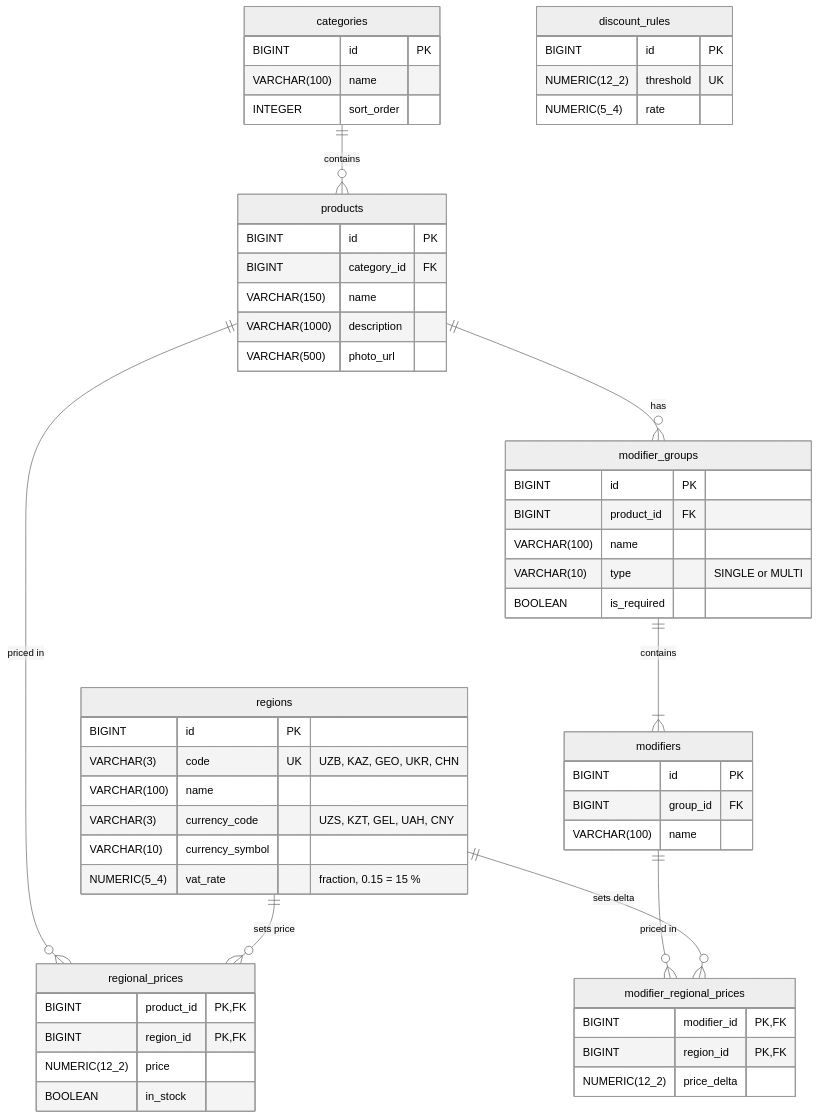
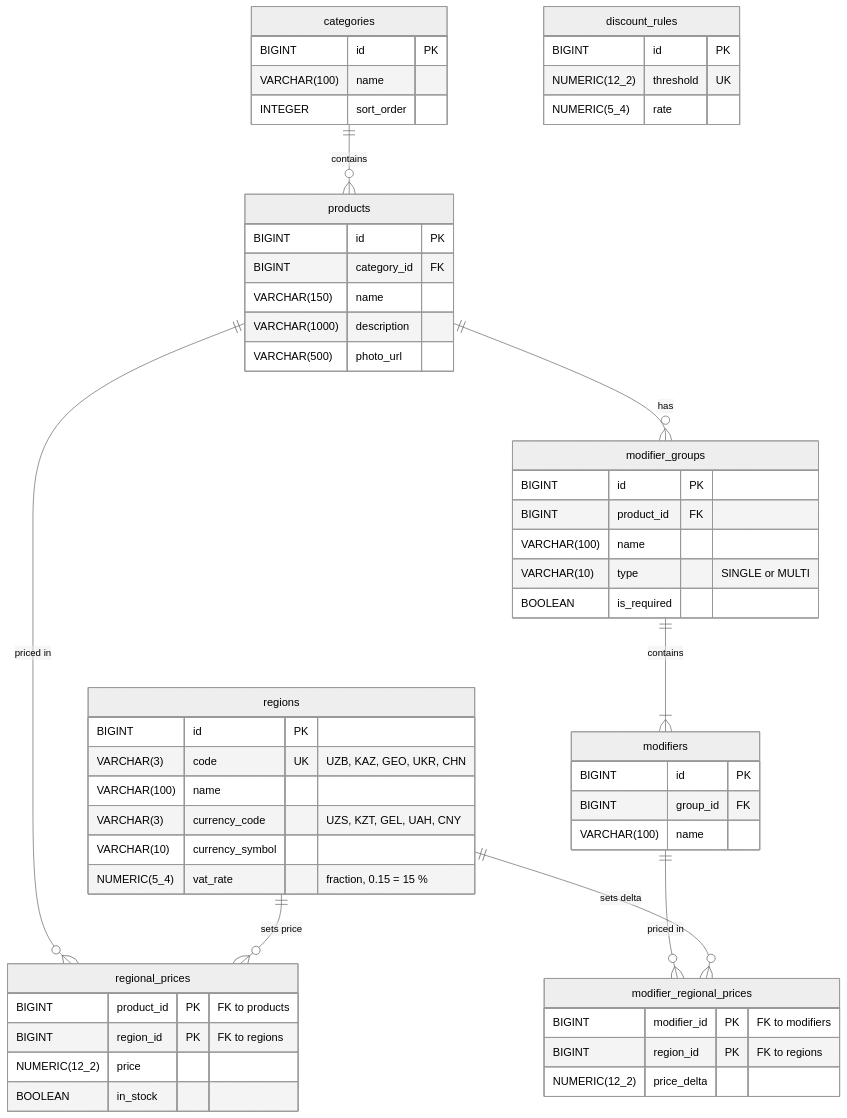
One commit to Milanaaa33/cherrycake-deploy changed the diagram in cherrycake-backend/docs/er-diagram.md. Above: the diagram before and after it, drawn with Mermaid (neutral theme).

Commit message:
CC-5 fix Mermaid syntax in ER diagram

````diff
--- a/cherrycake-backend/docs/er-diagram.md
+++ b/cherrycake-backend/docs/er-diagram.md
@@ -5,59 +5,59 @@
 ```mermaid
 erDiagram
     regions {
         BIGINT id PK
         VARCHAR(3) code UK "UZB, KAZ, GEO, UKR, CHN"
         VARCHAR(100) name
         VARCHAR(3) currency_code "UZS, KZT, GEL, UAH, CNY"
         VARCHAR(10) currency_symbol
         NUMERIC(5_4) vat_rate "fraction, 0.15 = 15 %"
     }
     categories {
         BIGINT id PK
         VARCHAR(100) name
         INTEGER sort_order
     }
     products {
         BIGINT id PK
         BIGINT category_id FK
         VARCHAR(150) name
         VARCHAR(1000) description
         VARCHAR(500) photo_url
     }
     regional_prices {
-        BIGINT product_id PK, FK
-        BIGINT region_id PK, FK
+        BIGINT product_id PK "FK to products"
+        BIGINT region_id PK "FK to regions"
         NUMERIC(12_2) price
         BOOLEAN in_stock
     }
     modifier_groups {
         BIGINT id PK
         BIGINT product_id FK
         VARCHAR(100) name
         VARCHAR(10) type "SINGLE or MULTI"
         BOOLEAN is_required
     }
     modifiers {
         BIGINT id PK
         BIGINT group_id FK
         VARCHAR(100) name
     }
     modifier_regional_prices {
-        BIGINT modifier_id PK, FK
-        BIGINT region_id PK, FK
+        BIGINT modifier_id PK "FK to modifiers"
+        BIGINT region_id PK "FK to regions"
         NUMERIC(12_2) price_delta
     }
     discount_rules {
         BIGINT id PK
         NUMERIC(12_2) threshold UK
         NUMERIC(5_4) rate
     }
 
     categories ||--o{ products : contains
     products ||--o{ regional_prices : "priced in"
     regions ||--o{ regional_prices : "sets price"
     products ||--o{ modifier_groups : has
     modifier_groups ||--|{ modifiers : contains
     modifiers ||--o{ modifier_regional_prices : "priced in"
     regions ||--o{ modifier_regional_prices : "sets delta"
 ```
````
